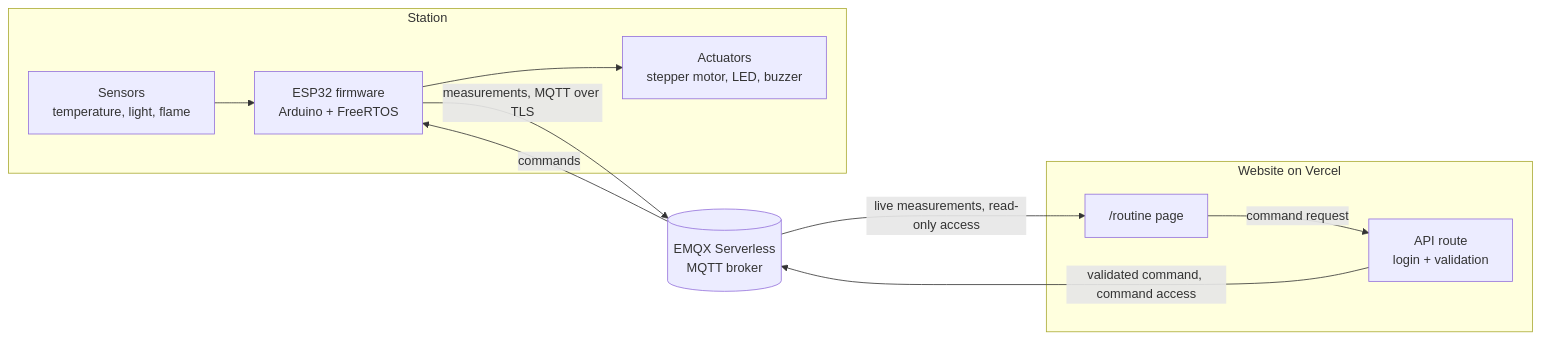
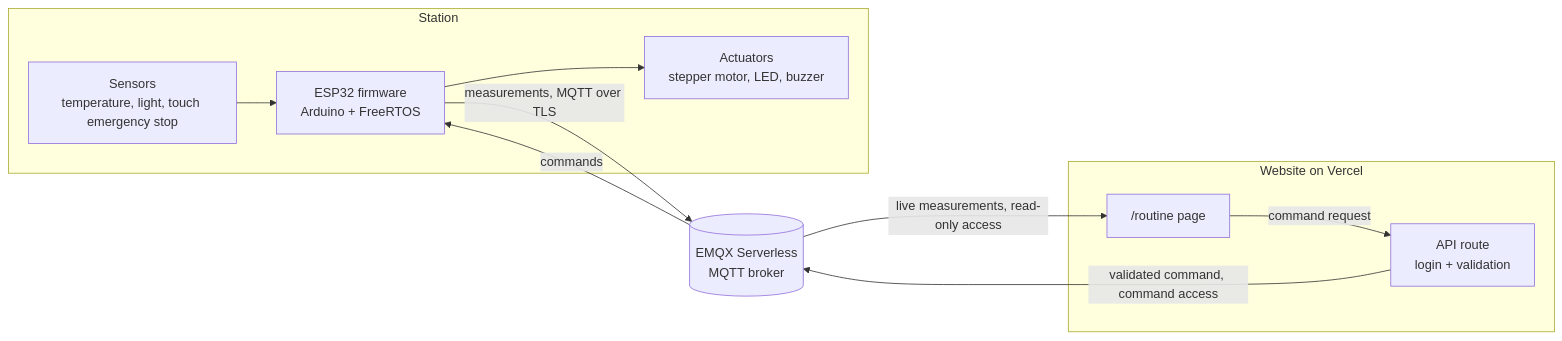
The diagram in README.md (MatthiasGermain/routine-station), drawn with Mermaid before and after one commit. The commit also changed other lines of this file and 9 other files, not shown here.

Commit message:
docs: document the switch to the touch emergency stop

````diff
--- a/README.md
+++ b/README.md
@@ -21,22 +22,22 @@
 ```mermaid
 flowchart LR
     subgraph station["Station"]
-        sensors["Sensors<br/>temperature, light, flame"]
+        sensors["Sensors<br/>temperature, light, touch emergency stop"]
         esp["ESP32 firmware<br/>Arduino + FreeRTOS"]
         actuators["Actuators<br/>stepper motor, LED, buzzer"]
         sensors --> esp --> actuators
     end
 
     broker[("EMQX Serverless<br/>MQTT broker")]
 
     subgraph site["Website on Vercel"]
         page["/routine page"]
         api["API route<br/>login + validation"]
     end
 
     esp -- "measurements, MQTT over TLS" --> broker
     broker -- "commands" --> esp
     broker -- "live measurements, read-only access" --> page
     page -- "command request" --> api
     api -- "validated command, command access" --> broker
 ```
````
